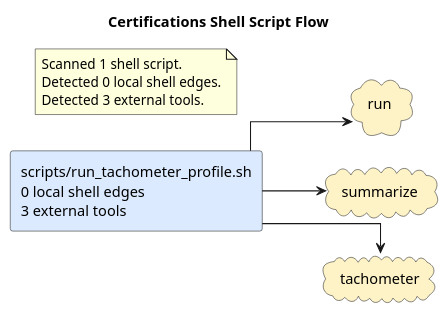
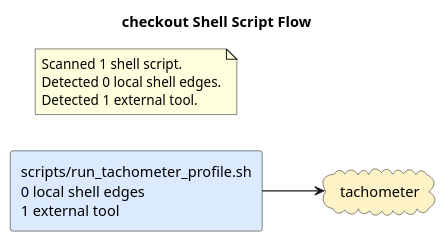
Before and after one commit to casonk/Certifications: the diagram in docs/diagrams/shell-call-graph.puml, drawn with PlantUML. The commit also changed 5 other files, not shown here.

Commit message:
docs: refresh generated architecture diagrams (#11)

```diff
--- a/docs/diagrams/shell-call-graph.puml
+++ b/docs/diagrams/shell-call-graph.puml
@@ -1,20 +1,16 @@
 @startuml
-title Certifications Shell Script Flow
+title checkout Shell Script Flow
 left to right direction
 skinparam shadowing false
 skinparam defaultFontName Monospace
 skinparam componentStyle rectangle
 skinparam linetype ortho
-rectangle "scripts/run_tachometer_profile.sh\n0 local shell edges\n3 external tools" as shell_scripts_run_tachometer_profile_sh #DBEAFE
-cloud "run" as tool_run #FEF3C7
-cloud "summarize" as tool_summarize #FEF3C7
+rectangle "scripts/run_tachometer_profile.sh\n0 local shell edges\n1 external tool" as shell_scripts_run_tachometer_profile_sh #DBEAFE
 cloud "tachometer" as tool_tachometer #FEF3C7
-shell_scripts_run_tachometer_profile_sh --> tool_run
-shell_scripts_run_tachometer_profile_sh --> tool_summarize
 shell_scripts_run_tachometer_profile_sh --> tool_tachometer
 note as shellGraphSummary
 Scanned 1 shell script.
 Detected 0 local shell edges.
-Detected 3 external tools.
+Detected 1 external tool.
 end note
 @enduml
```
